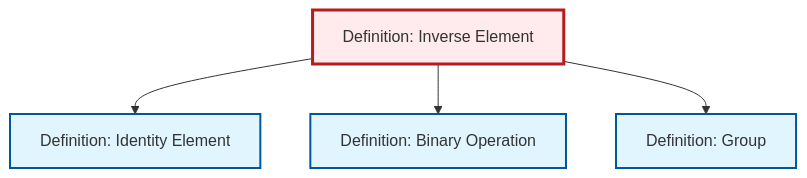
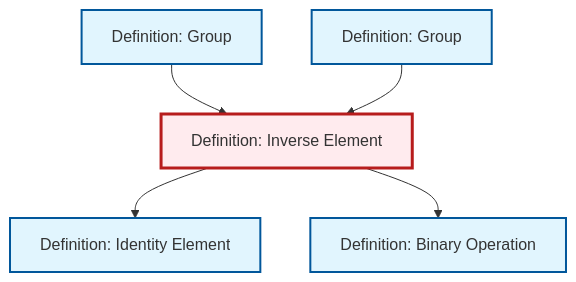
The diagram in content/en/algebra/def-inverse-element.qmd (RK0429/ModernMath), drawn with Mermaid before and after one commit. The commit also changed 511 other files, not shown here.

````diff
--- a/content/en/algebra/def-inverse-element.qmd
+++ b/content/en/algebra/def-inverse-element.qmd
@@ -83,21 +83,19 @@
 ```{mermaid}
 %%| fig-cap: "Local dependency graph"
 graph TD
     classDef definition fill:#e1f5fe,stroke:#01579b,stroke-width:2px
     classDef theorem fill:#f3e5f5,stroke:#4a148c,stroke-width:2px
     classDef axiom fill:#fff3e0,stroke:#e65100,stroke-width:2px
     classDef example fill:#e8f5e9,stroke:#1b5e20,stroke-width:2px
     classDef current fill:#ffebee,stroke:#b71c1c,stroke-width:3px
-    def-group["Definition: Group"]:::definition
     def-identity-element["Definition: Identity Element"]:::definition
     def-inverse-element["Definition: Inverse Element"]:::definition
     def-binary-operation["Definition: Binary Operation"]:::definition
+    def-group["Definition: Group"]:::definition
+    def-group-example["Definition: Group"]:::definition
     def-inverse-element --> def-identity-element
+    def-group-example --> def-inverse-element
     def-inverse-element --> def-binary-operation
-    def-inverse-element --> def-group
+    def-group --> def-inverse-element
     class def-inverse-element current
-
-    click def-group "def-group.html" "Go to Group definition"
-    click def-identity-element "def-identity-element.html" "Go to Identity Element definition"
-    click def-binary-operation "def-binary-operation.html" "Go to Binary Operation definition"
 ```
````
